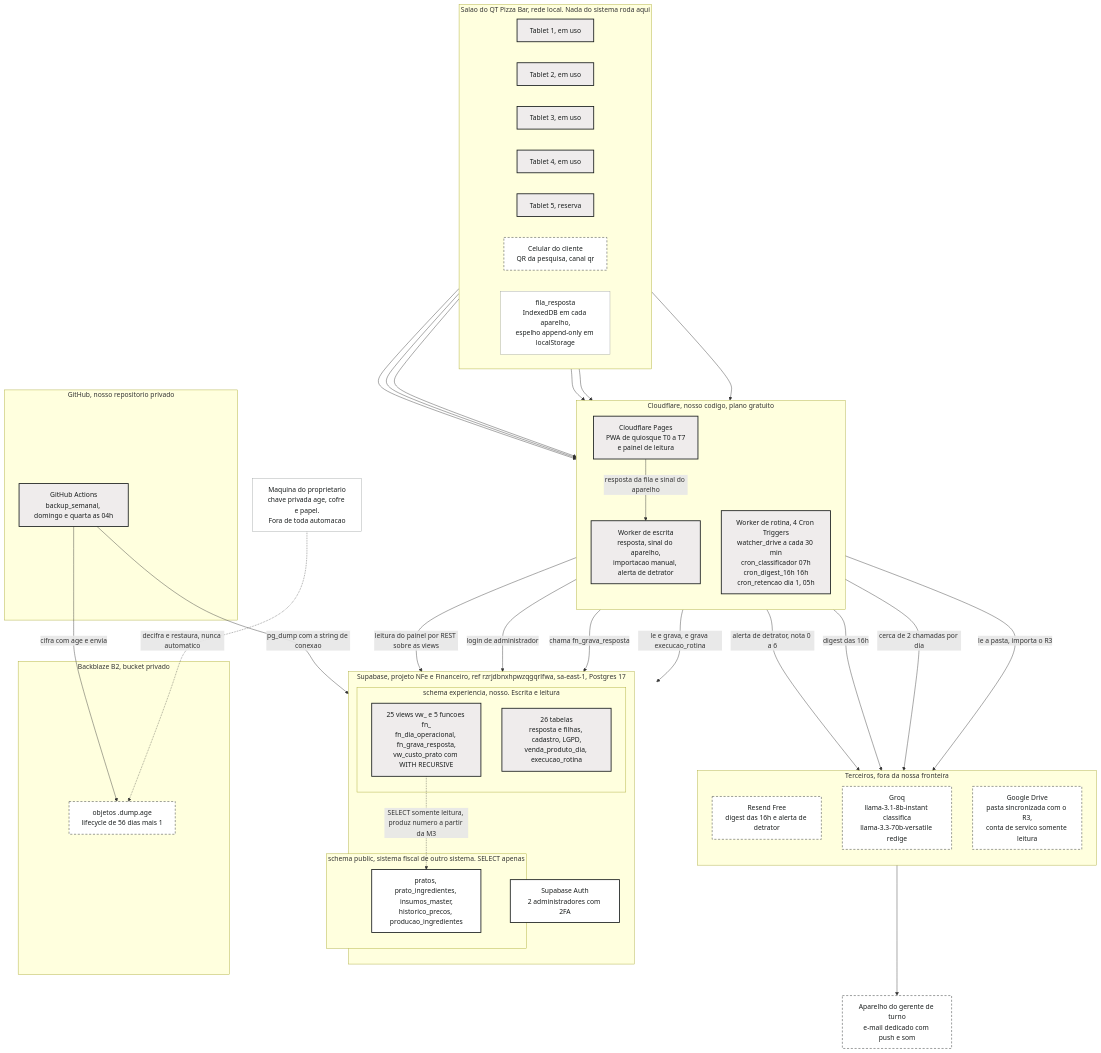
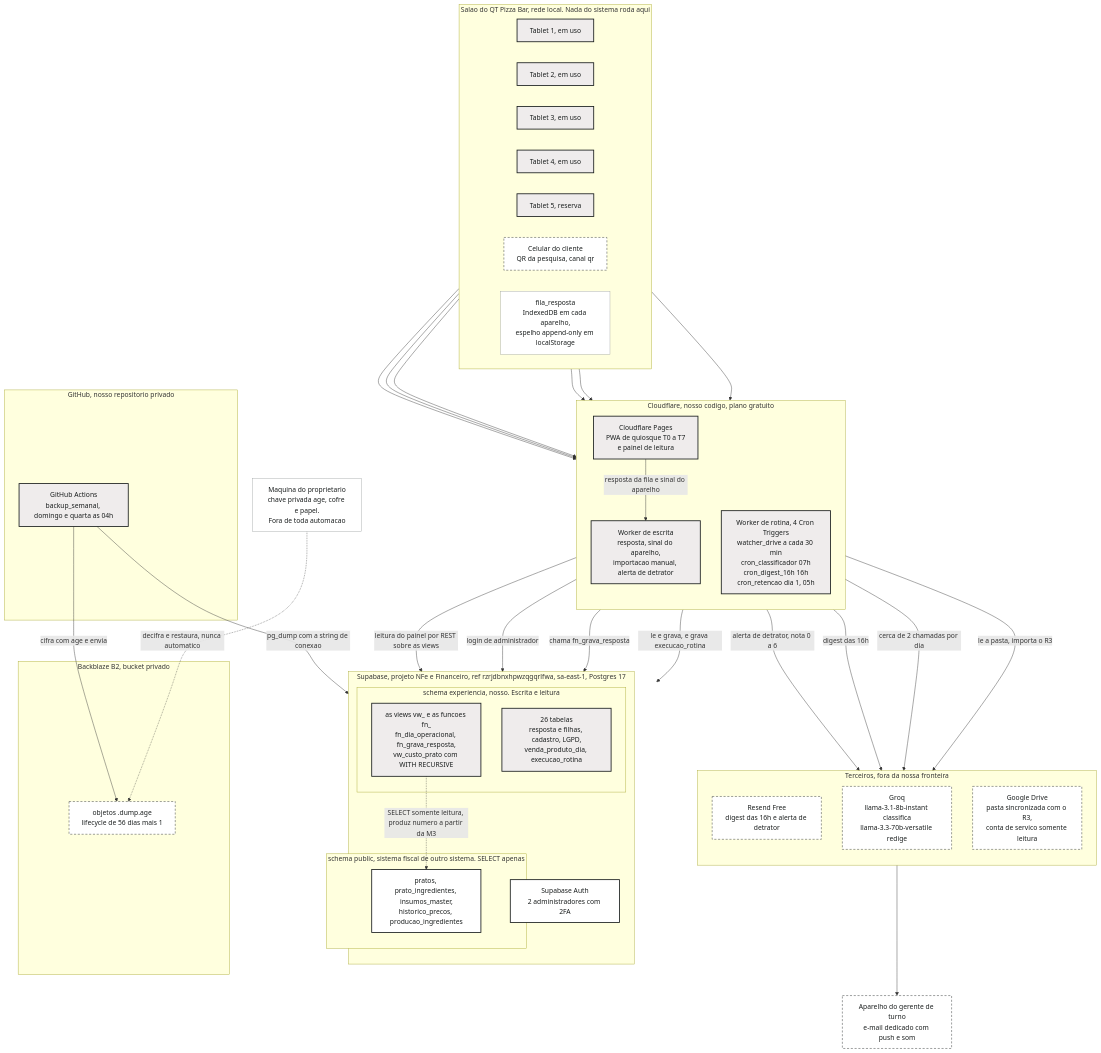
One commit to 70math-hash/risposta-qt changed the first of 2 diagrams in docs/arquitetura/01-arquitetura.md. Above: the diagram before and after it, drawn with Mermaid. The commit also changed 2 other files, not shown here.

````diff
--- a/docs/arquitetura/01-arquitetura.md
+++ b/docs/arquitetura/01-arquitetura.md
@@ -41,81 +41,81 @@
 ```mermaid
 flowchart TB
   subgraph CASA["Salao do QT Pizza Bar, rede local. Nada do sistema roda aqui"]
     direction LR
     TB1["Tablet 1, em uso"]
     TB2["Tablet 2, em uso"]
     TB3["Tablet 3, em uso"]
     TB4["Tablet 4, em uso"]
     TB5["Tablet 5, reserva"]
     CEL["Celular do cliente<br/>QR da pesquisa, canal qr"]
     FILA["fila_resposta<br/>IndexedDB em cada aparelho,<br/>espelho append-only em localStorage"]
   end
 
   subgraph CFL["Cloudflare, nosso codigo, plano gratuito"]
     direction TB
     PGS["Cloudflare Pages<br/>PWA de quiosque T0 a T7<br/>e painel de leitura"]
     WES["Worker de escrita<br/>resposta, sinal do aparelho,<br/>importacao manual, alerta de detrator"]
     WRT["Worker de rotina, 4 Cron Triggers<br/>watcher_drive a cada 30 min<br/>cron_classificador 07h<br/>cron_digest_16h 16h<br/>cron_retencao dia 1, 05h"]
   end
 
   subgraph SUP["Supabase, projeto NFe e Financeiro, ref rzrjdbnxhpwzqgqrlfwa, sa-east-1, Postgres 17"]
     direction TB
     subgraph EXP["schema experiencia, nosso. Escrita e leitura"]
       TABS["26 tabelas<br/>resposta e filhas, cadastro, LGPD,<br/>venda_produto_dia, execucao_rotina"]
-      OBJS["25 views vw_ e 5 funcoes fn_<br/>fn_dia_operacional, fn_grava_resposta,<br/>vw_custo_prato com WITH RECURSIVE"]
+      OBJS["as views vw_ e as funcoes fn_<br/>fn_dia_operacional, fn_grava_resposta,<br/>vw_custo_prato com WITH RECURSIVE"]
     end
     subgraph PUB["schema public, sistema fiscal de outro sistema. SELECT apenas"]
       CST["pratos, prato_ingredientes, insumos_master,<br/>historico_precos, producao_ingredientes"]
     end
     AUT["Supabase Auth<br/>2 administradores com 2FA"]
   end
 
   subgraph TER["Terceiros, fora da nossa fronteira"]
     direction TB
     RSD["Resend Free<br/>digest das 16h e alerta de detrator"]
     GRQ["Groq<br/>llama-3.1-8b-instant classifica<br/>llama-3.3-70b-versatile redige"]
     DRV["Google Drive<br/>pasta sincronizada com o R3,<br/>conta de servico somente leitura"]
   end
 
   subgraph GIT["GitHub, nosso repositorio privado"]
     GHA["GitHub Actions<br/>backup_semanal, domingo e quarta as 04h"]
   end
 
   subgraph BLZ["Backblaze B2, bucket privado"]
     BKT["objetos .dump.age<br/>lifecycle de 56 dias mais 1"]
   end
 
   DONO["Maquina do proprietario<br/>chave privada age, cofre e papel.<br/>Fora de toda automacao"]
   GER["Aparelho do gerente de turno<br/>e-mail dedicado com push e som"]
 
   TB1 --> PGS
   TB2 --> PGS
   TB3 --> PGS
   TB4 --> PGS
   TB5 --> PGS
   CEL --> PGS
   PGS -->|"resposta da fila e sinal do aparelho"| WES
   PGS -->|"leitura do painel por REST sobre as views"| OBJS
   PGS -->|"login de administrador"| AUT
   WES -->|"chama fn_grava_resposta"| TABS
   WES -->|"alerta de detrator, nota 0 a 6"| RSD
   WRT -->|"le e grava, e grava execucao_rotina"| TABS
   WRT -->|"digest das 16h"| RSD
   WRT -->|"cerca de 2 chamadas por dia"| GRQ
   WRT -->|"le a pasta, importa o R3"| DRV
   OBJS -.->|"SELECT somente leitura, produz numero a partir da M3"| CST
   RSD --> GER
   GHA -->|"pg_dump com a string de conexao"| TABS
   GHA -->|"cifra com age e envia"| BKT
   DONO -.->|"decifra e restaura, nunca automatico"| BKT
 
   classDef nosso fill:#EFECEC,stroke:#1A1E1E,stroke-width:2px,color:#1A1E1E
   classDef terceiro fill:#FFFFFF,stroke:#1A1E1E,stroke-width:1px,stroke-dasharray: 5 4,color:#1A1E1E
   classDef fiscal fill:#FFFFFF,stroke:#1A1E1E,stroke-width:2px,color:#1A1E1E
   classDef nota fill:#FFFFFF,stroke:#A0A5A5,stroke-width:1px,color:#1A1E1E
 
   class TB1,TB2,TB3,TB4,TB5,PGS,WES,WRT,TABS,OBJS,GHA nosso
   class RSD,GRQ,DRV,BKT,CEL,GER terceiro
   class CST,AUT fiscal
   class FILA,DONO nota
 ```
````
